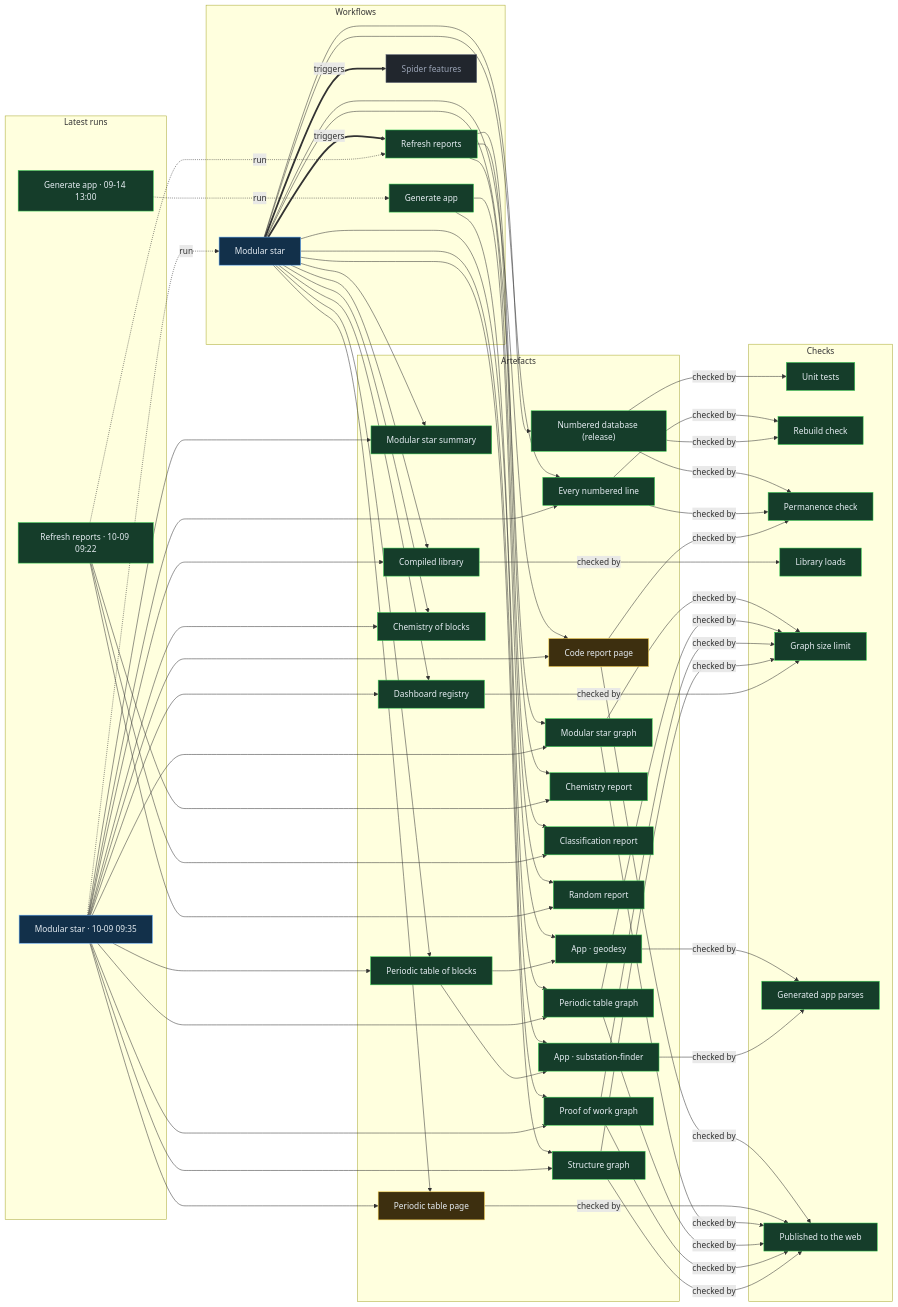
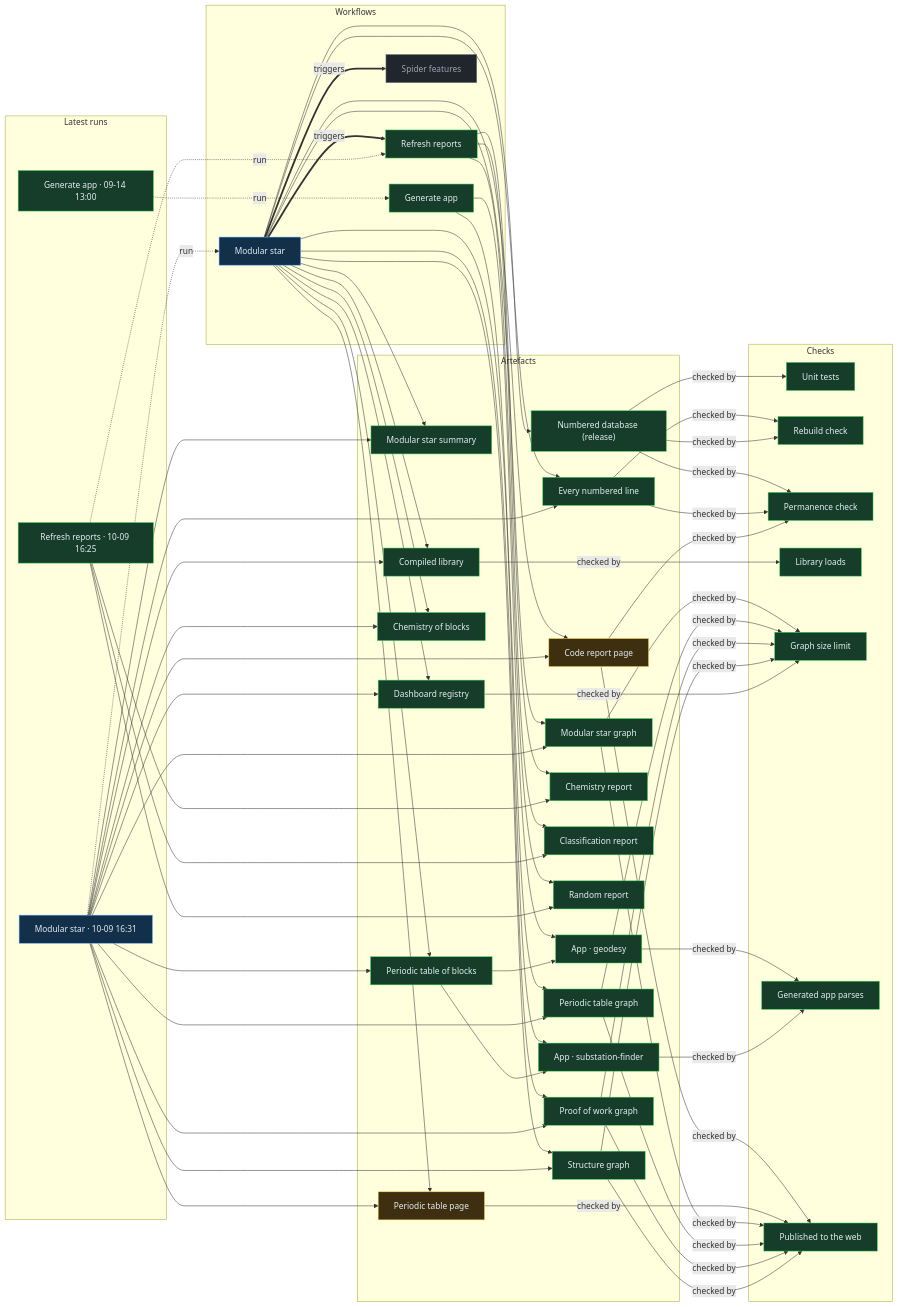
The diagram in proof/PROOF.md (Ventusltd/stars), drawn with Mermaid before and after one commit. The commit also changed other lines of this file and 44 other files, not shown here.

Commit message:
Modular star 2026-10-09T16:34Z

```diff
--- a/proof/PROOF.md
+++ b/proof/PROOF.md
@@ -24,8 +24,8 @@
   n_wf_spider_features["Spider features"]:::off
   end
   subgraph g_runs["Latest runs"]
-  n_run_37912267194["Modular star · 10-09 09:35"]:::live
-  n_run_37910799680["Refresh reports · 10-09 09:22"]:::ok
+  n_run_37959751612["Modular star · 10-09 16:31"]:::live
+  n_run_37959064990["Refresh reports · 10-09 16:25"]:::ok
   n_run_34846587798["Generate app · 09-14 13:00"]:::ok
   end
   subgraph g_artefacts["Artefacts"]
@@ -59,39 +59,39 @@
   end
   n_wf_modular_star == triggers ==> n_wf_refresh
   n_wf_modular_star == triggers ==> n_wf_spider_features
-  n_run_37912267194 -. run .-> n_wf_modular_star
-  n_run_37910799680 -. run .-> n_wf_refresh
+  n_run_37959751612 -. run .-> n_wf_modular_star
+  n_run_37959064990 -. run .-> n_wf_refresh
   n_run_34846587798 -. run .-> n_wf_generate
   n_wf_modular_star --> n_art_summary
-  n_run_37912267194 --> n_art_summary
+  n_run_37959751612 --> n_art_summary
   n_wf_modular_star --> n_art_lines
-  n_run_37912267194 --> n_art_lines
+  n_run_37959751612 --> n_art_lines
   n_wf_modular_star --> n_art_code
-  n_run_37912267194 --> n_art_code
+  n_run_37959751612 --> n_art_code
   n_wf_modular_star --> n_art_modular_graph
-  n_run_37912267194 --> n_art_modular_graph
+  n_run_37959751612 --> n_art_modular_graph
   n_wf_modular_star --> n_art_blocks
-  n_run_37912267194 --> n_art_blocks
+  n_run_37959751612 --> n_art_blocks
   n_wf_modular_star --> n_art_table
-  n_run_37912267194 --> n_art_table
+  n_run_37959751612 --> n_art_table
   n_wf_modular_star --> n_art_blocks_graph
-  n_run_37912267194 --> n_art_blocks_graph
+  n_run_37959751612 --> n_art_blocks_graph
   n_wf_modular_star --> n_art_reactions
-  n_run_37912267194 --> n_art_reactions
+  n_run_37959751612 --> n_art_reactions
   n_wf_modular_star --> n_art_library
-  n_run_37912267194 --> n_art_library
+  n_run_37959751612 --> n_art_library
   n_wf_modular_star --> n_art_features
-  n_run_37912267194 --> n_art_features
+  n_run_37959751612 --> n_art_features
   n_wf_modular_star --> n_art_proof
-  n_run_37912267194 --> n_art_proof
+  n_run_37959751612 --> n_art_proof
   n_wf_modular_star --> n_art_structure
-  n_run_37912267194 --> n_art_structure
+  n_run_37959751612 --> n_art_structure
   n_wf_refresh --> n_art_chemistry
-  n_run_37910799680 --> n_art_chemistry
+  n_run_37959064990 --> n_art_chemistry
   n_wf_refresh --> n_art_vedic
-  n_run_37910799680 --> n_art_vedic
+  n_run_37959064990 --> n_art_vedic
   n_wf_refresh --> n_art_random
-  n_run_37910799680 --> n_art_random
+  n_run_37959064990 --> n_art_random
   n_wf_modular_star --> n_art_release
   n_wf_generate --> n_app_geodesy
   n_art_blocks --> n_app_geodesy
```
